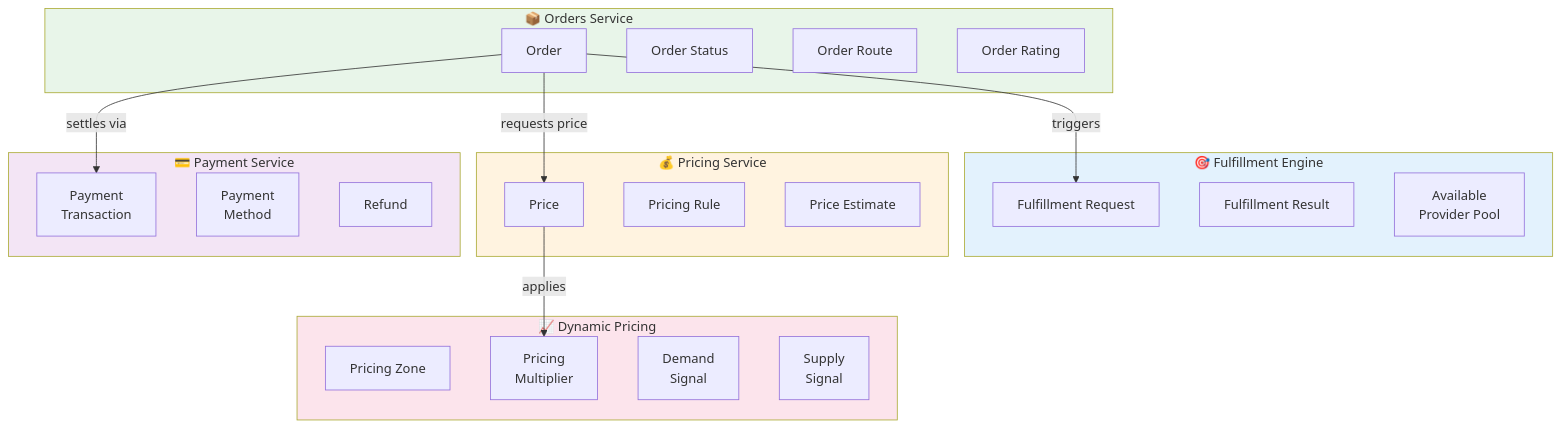
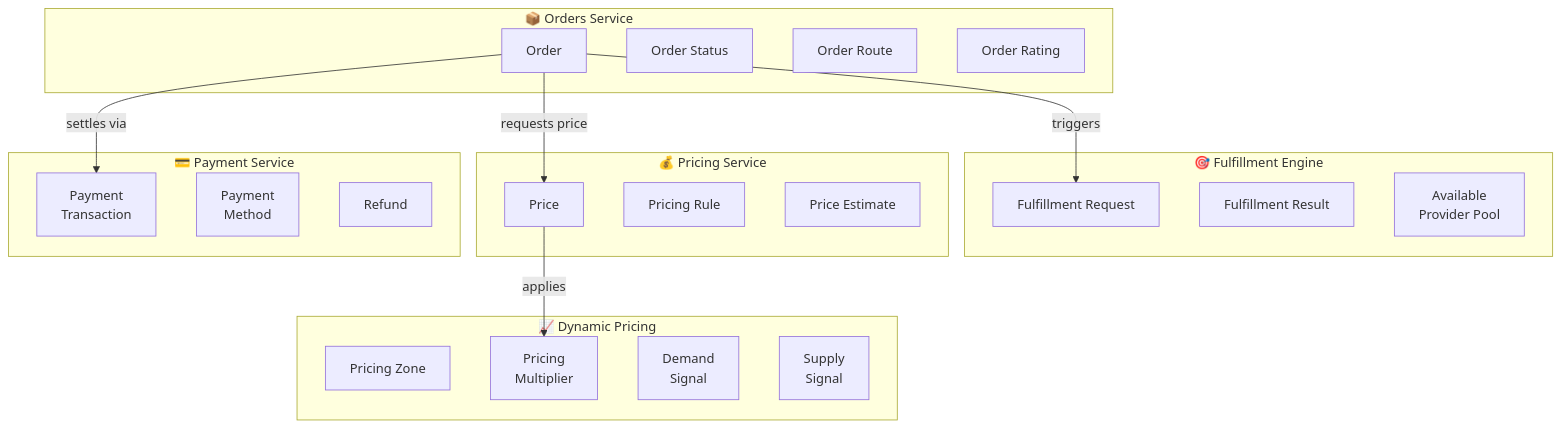
One commit to rishikeshdhokare/platform-manifesto changed the third of 4 diagrams in 02-architecture-and-api/07-service-decomposition.md. Above: the diagram before and after it, drawn with Mermaid. The commit also changed other lines of this file and 14 other files, not shown here.

First line of the commit message:
fix: remove mermaid style directives (119 lines across 15 files)

````diff
--- a/02-architecture-and-api/07-service-decomposition.md
+++ b/02-architecture-and-api/07-service-decomposition.md
@@ -147,45 +145,40 @@
 ```mermaid
 graph TD
     subgraph OrdersDomain["📦 Orders Service"]
         Order["Order"]
         OrderStatus["Order Status"]
         OrderRoute["Order Route"]
         OrderRating["Order Rating"]
     end
 
     subgraph Fulfillment["🎯 Fulfillment Engine"]
         FulfillmentReq["Fulfillment Request"]
         FulfillmentResult["Fulfillment Result"]
         ProviderPool["Available<br/>Provider Pool"]
     end
 
     subgraph Pricing["💰 Pricing Service"]
         Price["Price"]
         PricingRule["Pricing Rule"]
         PriceEstimate["Price Estimate"]
     end
 
     subgraph DynamicPricing["📈 Dynamic Pricing"]
         PricingZone["Pricing Zone"]
         PricingMultiplier["Pricing<br/>Multiplier"]
         DemandSignal["Demand<br/>Signal"]
         SupplySignal["Supply<br/>Signal"]
     end
 
     subgraph Payment["💳 Payment Service"]
         PaymentTxn["Payment<br/>Transaction"]
         PaymentMethod["Payment<br/>Method"]
         Refund["Refund"]
     end
 
     Order -->|"requests price"| Price
     Order -->|"triggers"| FulfillmentReq
     Price -->|"applies"| PricingMultiplier
     Order -->|"settles via"| PaymentTxn
 
-    style OrdersDomain fill:#e8f5e9
-    style Fulfillment fill:#e3f2fd
-    style Pricing fill:#fff3e0
-    style DynamicPricing fill:#fce4ec
-    style Payment fill:#f3e5f5
 ```
````
